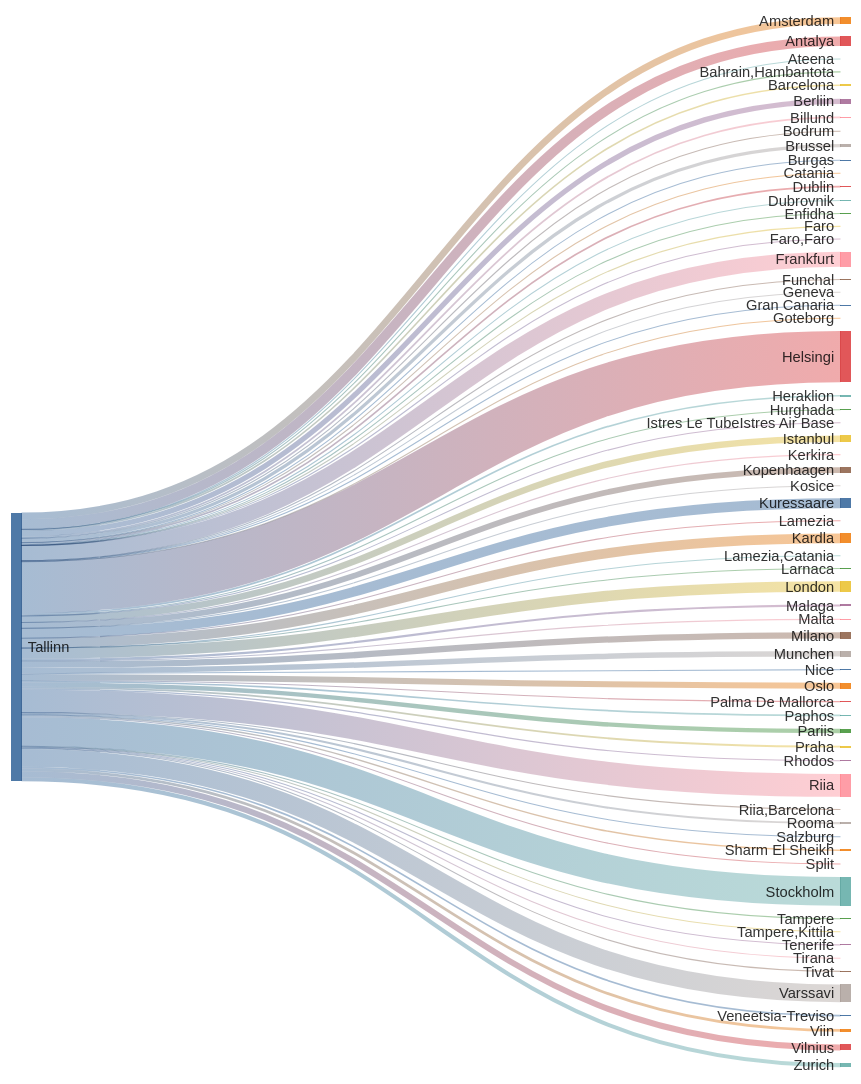
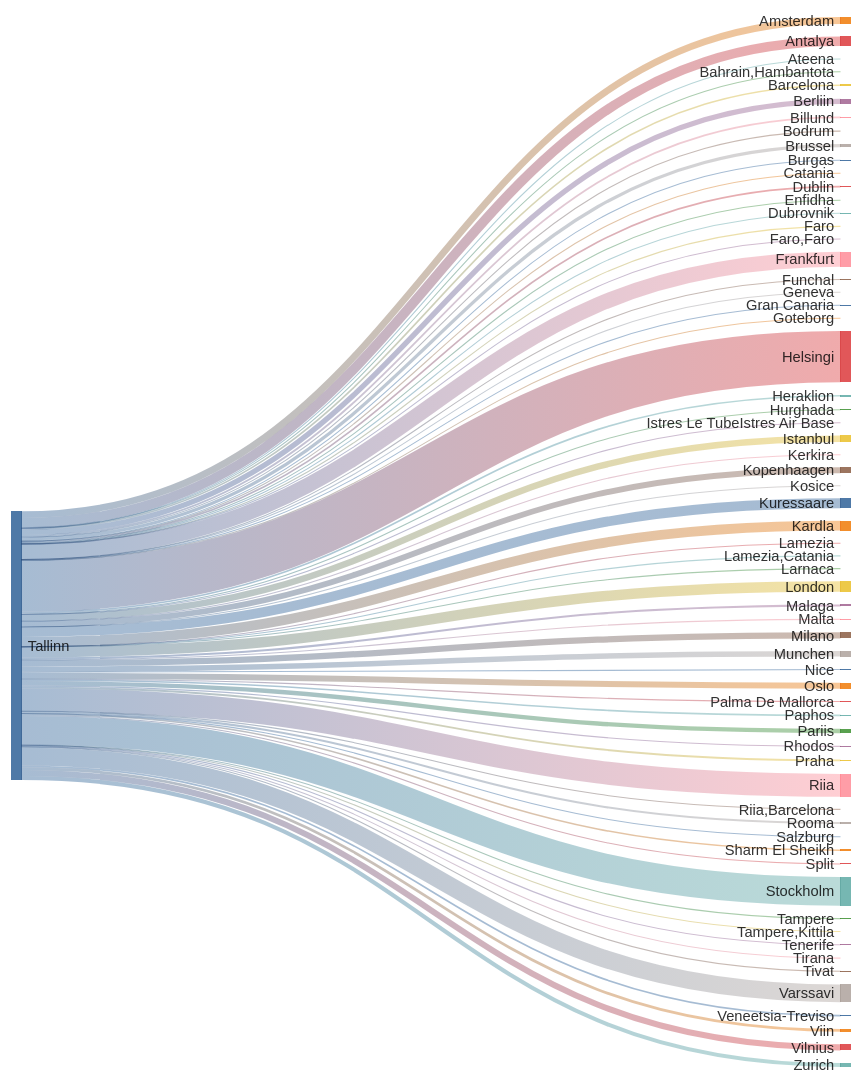
Before and after one commit to rainermesi/tll-airport-departures: the second of 2 diagrams in README.md, drawn with Mermaid. The commit also changed other lines of this file, not shown here.

````diff
--- a/README.md
+++ b/README.md
@@ -34,76 +34,76 @@
 ```mermaid
 ---
 config:
   sankey:
     showValues: false
     width: 800
     height: 1000
 ---
 sankey-beta
 %% source,target,value
-Tallinn,Amsterdam,185
-Tallinn,Antalya,263
+Tallinn,Amsterdam,187
+Tallinn,Antalya,264
 Tallinn,Ateena,16
 Tallinn,"Bahrain,Hambantota",1
 Tallinn,Barcelona,44
-Tallinn,Berliin,145
+Tallinn,Berliin,146
 Tallinn,Billund,49
 Tallinn,Bodrum,11
-Tallinn,Brussel,89
+Tallinn,Brussel,90
 Tallinn,Burgas,21
 Tallinn,Catania,2
-Tallinn,Dublin,45
+Tallinn,Dublin,46
 Tallinn,Dubrovnik,21
 Tallinn,Enfidha,7
 Tallinn,Faro,4
 Tallinn,"Faro,Faro",1
-Tallinn,Frankfurt,416
+Tallinn,Frankfurt,419
 Tallinn,Funchal,5
 Tallinn,Geneva,2
 Tallinn,Gran Canaria,21
 Tallinn,Goteborg,1
-Tallinn,Helsingi,1410
+Tallinn,Helsingi,1419
 Tallinn,Heraklion,46
 Tallinn,Hurghada,29
-Tallinn,Istanbul,178
+Tallinn,Istanbul,180
 Tallinn,Istres Le TubeIstres Air Base,2
 Tallinn,Kerkira,4
-Tallinn,Kopenhaagen,159
+Tallinn,Kopenhaagen,160
 Tallinn,Kosice,1
-Tallinn,Kuressaare,269
-Tallinn,Kardla,269
+Tallinn,Kuressaare,271
+Tallinn,Kardla,271
 Tallinn,Lamezia,1
 Tallinn,"Lamezia,Catania",3
 Tallinn,Larnaca,4
-Tallinn,London,289
+Tallinn,London,290
 Tallinn,Malaga,58
 Tallinn,Malta,15
-Tallinn,Milano,172
+Tallinn,Milano,173
 Tallinn,Munchen,150
 Tallinn,Nice,25
-Tallinn,Oslo,165
+Tallinn,Oslo,166
 Tallinn,Palma De Mallorca,19
-Tallinn,Paphos,44
-Tallinn,Pariis,120
+Tallinn,Paphos,45
+Tallinn,Pariis,121
 Tallinn,Praha,49
 Tallinn,Rhodos,32
-Tallinn,Riia,628
+Tallinn,Riia,632
 Tallinn,"Riia,Barcelona",1
 Tallinn,Rooma,58
 Tallinn,Salzburg,3
-Tallinn,Sharm El Sheikh,40
+Tallinn,Sharm El Sheikh,41
 Tallinn,Split,25
-Tallinn,Stockholm,789
+Tallinn,Stockholm,793
 Tallinn,Tampere,17
 Tallinn,"Tampere,Kittila",3
-Tallinn,Tenerife,30
+Tallinn,Tenerife,31
 Tallinn,Tirana,8
 Tallinn,Tivat,26
-Tallinn,Varssavi,487
+Tallinn,Varssavi,490
 Tallinn,Veneetsia-Treviso,46
-Tallinn,Viin,75
-Tallinn,Vilnius,166
-Tallinn,Zurich,112
+Tallinn,Viin,76
+Tallinn,Vilnius,167
+Tallinn,Zurich,113
 
 
 ```
````
